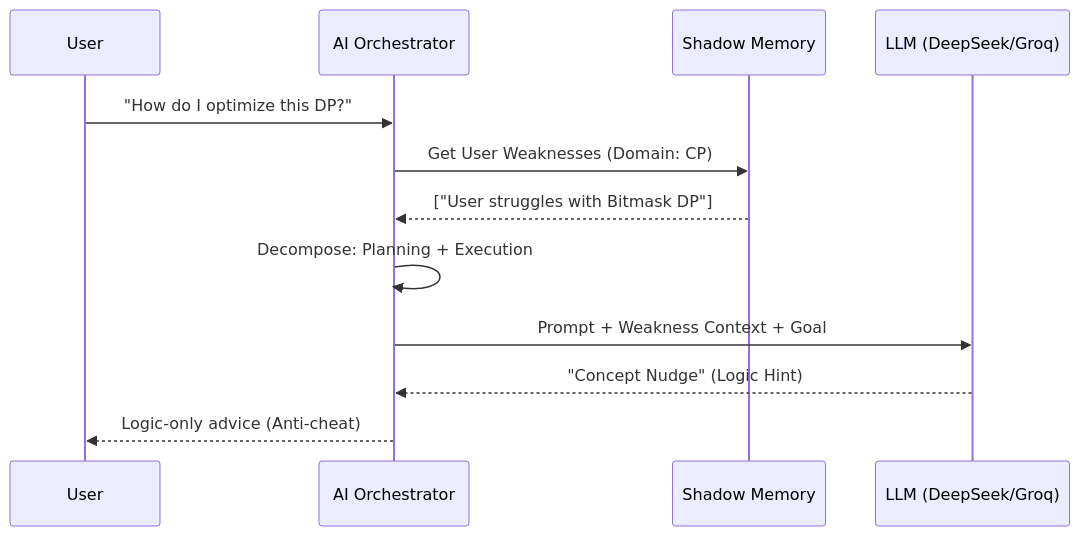
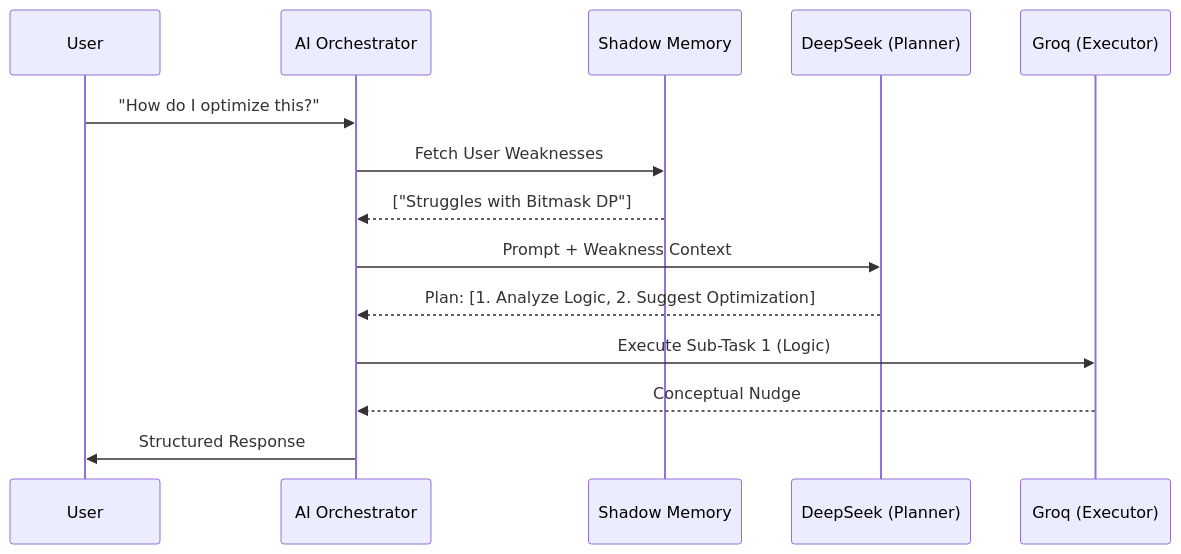
Before and after one commit to arhamxfarooqui/AXIOS-GO: the fourth of 4 diagrams in README.md, drawn with Mermaid. The commit also changed other lines of this file and 2 other files, not shown here.

````diff
--- a/README.md
+++ b/README.md
@@ -86,15 +136,17 @@
 ```mermaid
 sequenceDiagram
     participant User
     participant Orch as AI Orchestrator
     participant SM as Shadow Memory
-    participant AI as LLM (DeepSeek/Groq)
+    participant DeepSeek as DeepSeek (Planner)
+    participant Groq as Groq (Executor)
     
-    User->>Orch: "How do I optimize this DP?"
-    Orch->>SM: Get User Weaknesses (Domain: CP)
-    SM-->>Orch: ["User struggles with Bitmask DP"]
-    Orch->>Orch: Decompose: Planning + Execution
-    Orch->>AI: Prompt + Weakness Context + Goal
-    AI-->>Orch: "Concept Nudge" (Logic Hint)
-    Orch-->>User: Logic-only advice (Anti-cheat)
+    User->>Orch: "How do I optimize this?"
+    Orch->>SM: Fetch User Weaknesses
+    SM-->>Orch: ["Struggles with Bitmask DP"]
+    Orch->>DeepSeek: Prompt + Weakness Context
+    DeepSeek-->>Orch: Plan: [1. Analyze Logic, 2. Suggest Optimization]
+    Orch->>Groq: Execute Sub-Task 1 (Logic)
+    Groq-->>Orch: Conceptual Nudge
+    Orch->>User: Structured Response
 ```
````
